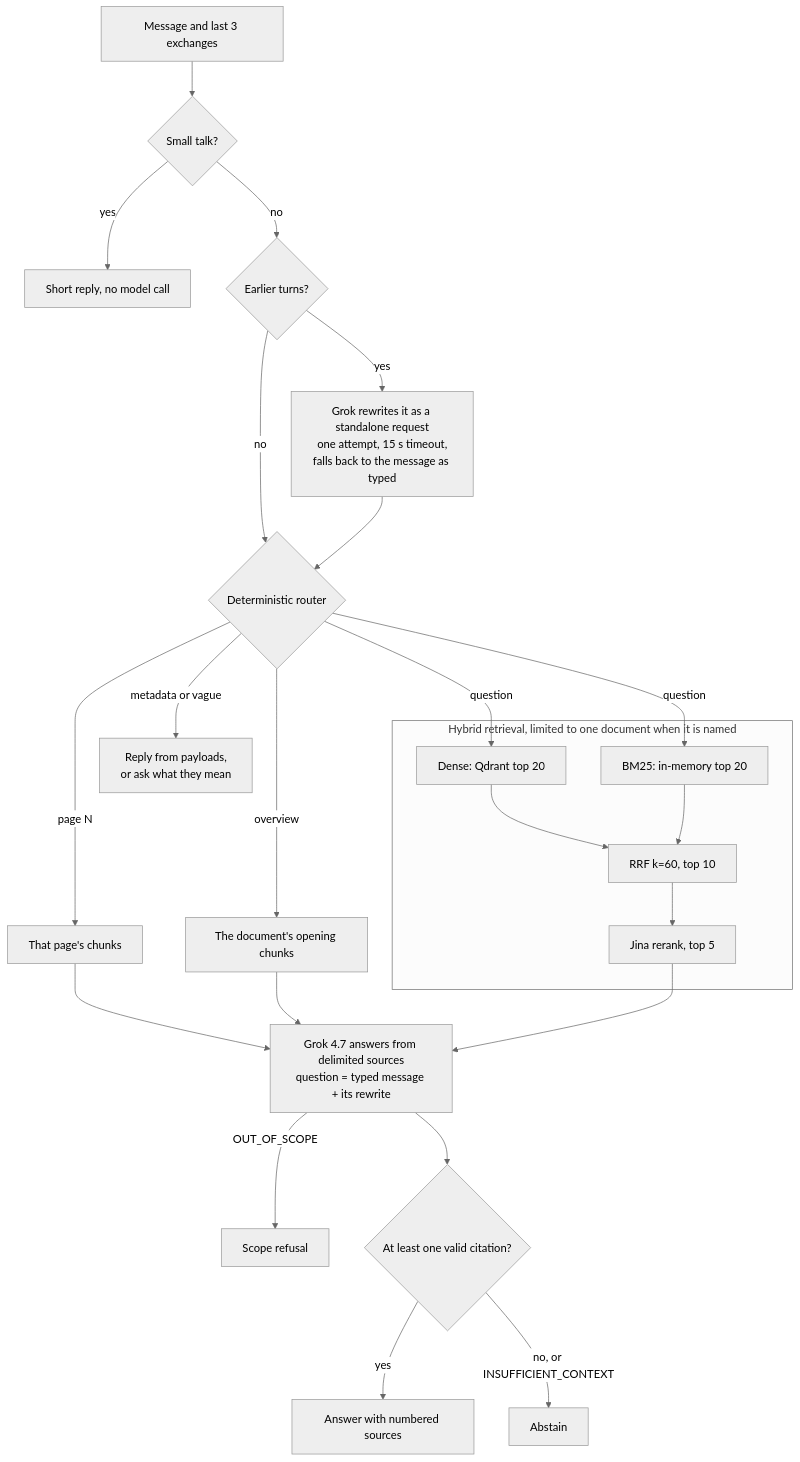
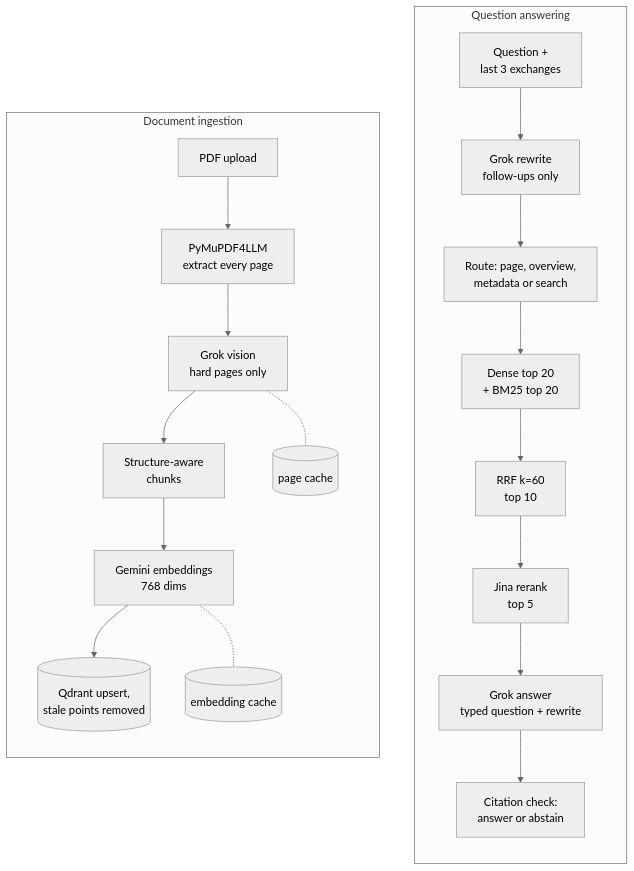
Before and after one commit to tarunkauxhik/multimodal-enterprise-rag: the third of 3 diagrams in README.md, drawn with Mermaid (neutral theme). The commit also changed other lines of this file, not shown here.

````diff
--- a/README.md
+++ b/README.md
@@ -69,26 +51,23 @@
 ```mermaid
 flowchart TB
-    M["Message and last 3 exchanges"] --> S{"Small talk?"}
-    S -->|"yes"| SR["Short reply, no model call"]
-    S -->|"no"| H{"Earlier turns?"}
-    H -->|"no"| RT
-    H -->|"yes"| CX["Grok rewrites it as a standalone request<br/>one attempt, 15 s timeout,<br/>falls back to the message as typed"]
-    CX --> RT{"Deterministic router"}
-    RT -->|"page N"| PG["That page's chunks"]
-    RT -->|"overview"| OV["The document's opening chunks"]
-    RT -->|"metadata or vague"| MD["Reply from payloads,<br/>or ask what they mean"]
-    RT -->|"question"| DN
-    RT -->|"question"| BM
-    subgraph HY["Hybrid retrieval, limited to one document when it is named"]
-        DN["Dense: Qdrant top 20"] --> F["RRF k=60, top 10"]
-        BM["BM25: in-memory top 20"] --> F
-        F --> J["Jina rerank, top 5"]
+    subgraph QN["Question answering"]
+        direction TB
+        Q1["Question +<br/>last 3 exchanges"] --> Q2["Grok rewrite<br/>follow-ups only"]
+        Q2 --> Q3["Route: page, overview,<br/>metadata or search"]
+        Q3 --> Q4["Dense top 20<br/>+ BM25 top 20"]
+        Q4 --> Q5["RRF k=60<br/>top 10"]
+        Q5 --> Q6["Jina rerank<br/>top 5"]
+        Q6 --> Q7["Grok answer<br/>typed question + rewrite"]
+        Q7 --> Q8["Citation check:<br/>answer or abstain"]
     end
-    PG --> G
-    OV --> G
-    J --> G["Grok 4.7 answers from delimited sources<br/>question = typed message + its rewrite"]
-    G -->|"OUT_OF_SCOPE"| OS["Scope refusal"]
-    G --> V{"At least one valid citation?"}
-    V -->|"yes"| A["Answer with numbered sources"]
-    V -->|"no, or INSUFFICIENT_CONTEXT"| AB["Abstain"]
+    subgraph IN["Document ingestion"]
+        direction TB
+        I1["PDF upload"] --> I2["PyMuPDF4LLM<br/>extract every page"]
+        I2 --> I3["Grok vision<br/>hard pages only"]
+        I3 --> I4["Structure-aware<br/>chunks"]
+        I4 --> I5["Gemini embeddings<br/>768 dims"]
+        I5 --> I6[("Qdrant upsert,<br/>stale points removed")]
+        I3 -.- C1[("page cache")]
+        I5 -.- C2[("embedding cache")]
+    end
 ```
````
